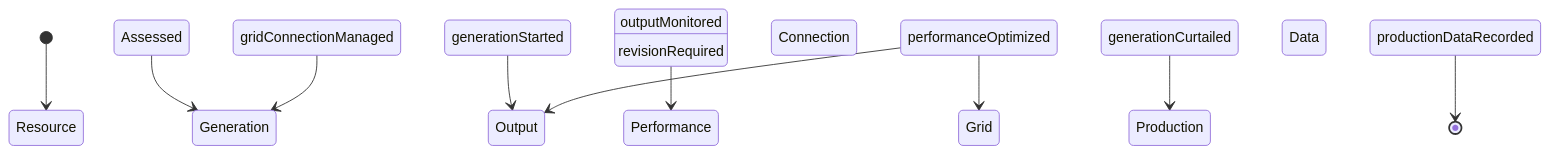
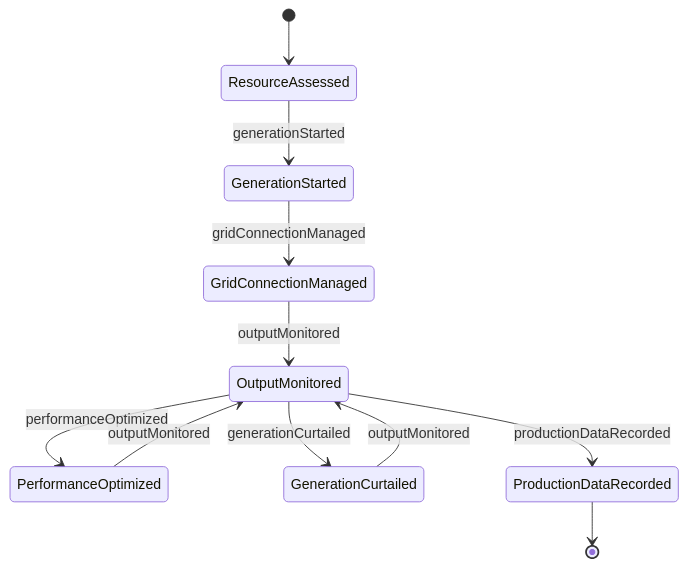
The second of 4 diagrams in ControllingMachinesAndProcesses/OperateEnergyProductionOrDistributionEquipment/OperateGreenEnergyProductionEquipment.mdx (dot-org-ai/tasks.org.ai), drawn with Mermaid before and after one commit. The commit also changed other lines of this file and 515 other files, not shown here.

````diff
--- a/ControllingMachinesAndProcesses/OperateEnergyProductionOrDistributionEquipment/OperateGreenEnergyProductionEquipment.mdx
+++ b/ControllingMachinesAndProcesses/OperateEnergyProductionOrDistributionEquipment/OperateGreenEnergyProductionEquipment.mdx
@@ -98,12 +98,13 @@
 ```mermaid
 stateDiagram-v2
-    [*] --> Resource Assessed
-    Resource Assessed --> Generation Started : generationStarted
-    Generation Started --> Output Monitored : outputMonitored
-    Output Monitored --> Performance Optimized : performanceOptimized
-    Performance Optimized --> Grid Connection Managed : gridConnectionManaged
-    Grid Connection Managed --> Generation Curtailed : generationCurtailed
-    Generation Curtailed --> Production Data Recorded : productionDataRecorded
-    Performance Optimized --> Output Monitored : revisionRequired
-    Production Data Recorded --> [*]
+    [*] --> ResourceAssessed
+    ResourceAssessed --> GenerationStarted : generationStarted
+    GenerationStarted --> GridConnectionManaged : gridConnectionManaged
+    GridConnectionManaged --> OutputMonitored : outputMonitored
+    OutputMonitored --> PerformanceOptimized : performanceOptimized
+    PerformanceOptimized --> OutputMonitored : outputMonitored
+    OutputMonitored --> GenerationCurtailed : generationCurtailed
+    GenerationCurtailed --> OutputMonitored : outputMonitored
+    OutputMonitored --> ProductionDataRecorded : productionDataRecorded
+    ProductionDataRecorded --> [*]
 ```
````
